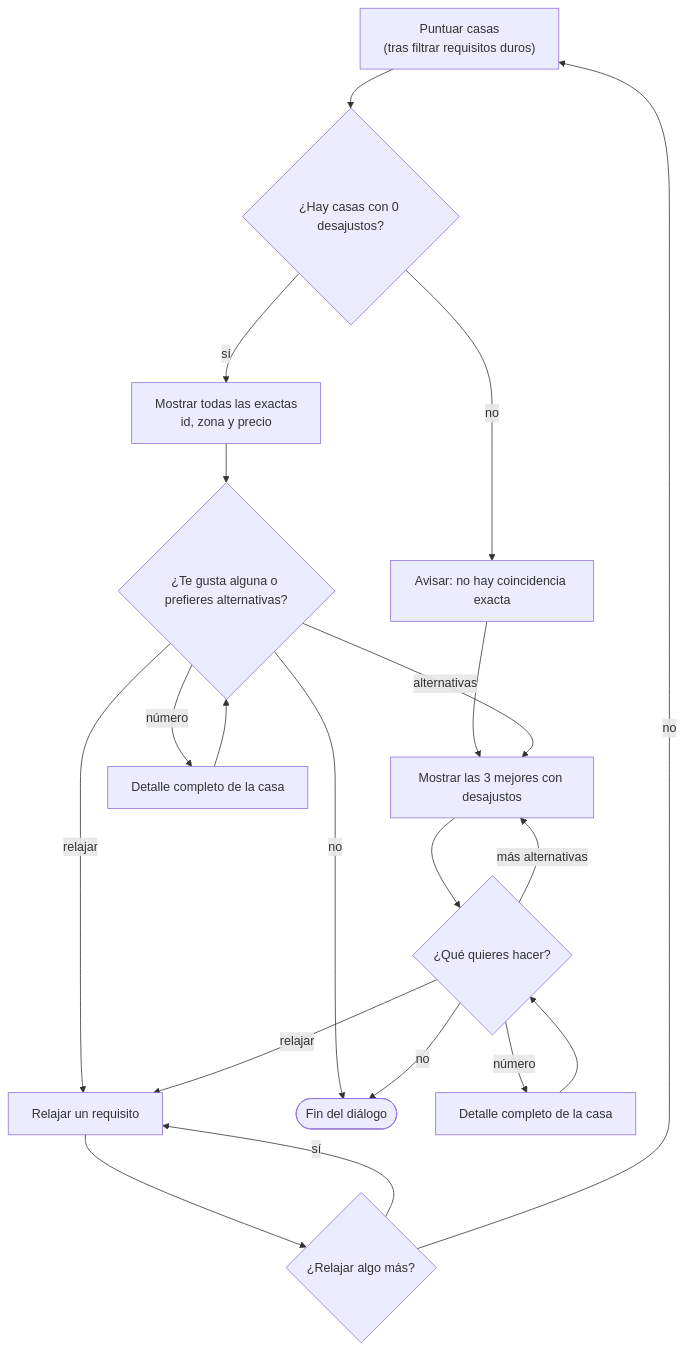
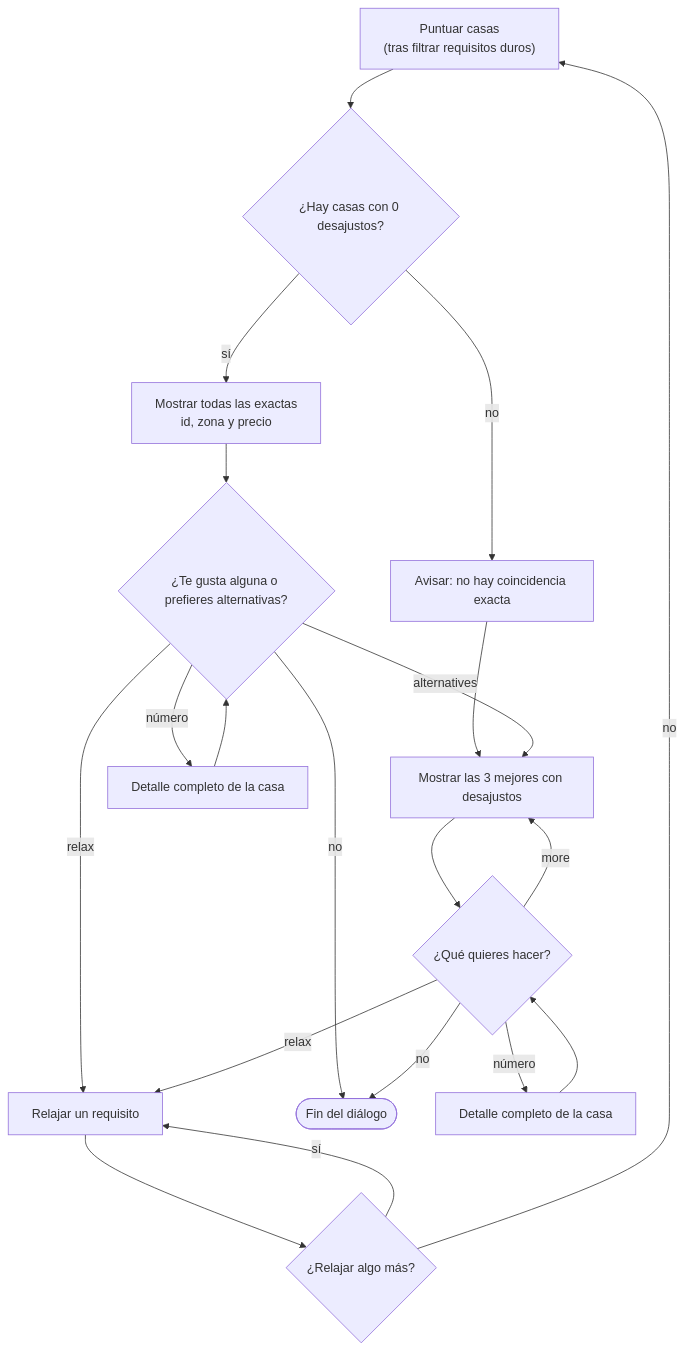
The second of 3 diagrams in flujo_dialogo_chatbot.md (natXORnut/P1-SistemasBasadosEnReglas-TVD), drawn with Mermaid before and after one commit. The commit also changed other lines of this file and 1 other file, not shown here.

First line of the commit message:
Refactor chatbot dialogue flow for rental budget handling and improve user interaction

````diff
--- a/flujo_dialogo_chatbot.md
+++ b/flujo_dialogo_chatbot.md
@@ -67,23 +79,23 @@
 ```mermaid
 flowchart TD
     S["Puntuar casas<br/>(tras filtrar requisitos duros)"] --> D{"¿Hay casas con 0 desajustos?"}
     D -->|sí| E["Mostrar todas las exactas<br/>id, zona y precio"]
     D -->|no| N["Avisar: no hay coincidencia exacta"]
     E --> QE{"¿Te gusta alguna o prefieres alternativas?"}
     N --> A
     QE -->|"número"| DE["Detalle completo de la casa"]
     DE --> QE
-    QE -->|alternativas| A
-    QE -->|relajar| R
+    QE -->|alternatives| A
+    QE -->|relax| R
     QE -->|no| FIN
     A["Mostrar las 3 mejores con desajustos"] --> QA{"¿Qué quieres hacer?"}
     QA -->|"número"| DA["Detalle completo de la casa"]
     DA --> QA
-    QA -->|"más alternativas"| A
-    QA -->|relajar| R
+    QA -->|more| A
+    QA -->|relax| R
     QA -->|no| FIN
     R["Relajar un requisito"] --> M{"¿Relajar algo más?"}
     M -->|sí| R
     M -->|no| S
     FIN(["Fin del diálogo"])
 ```
````
